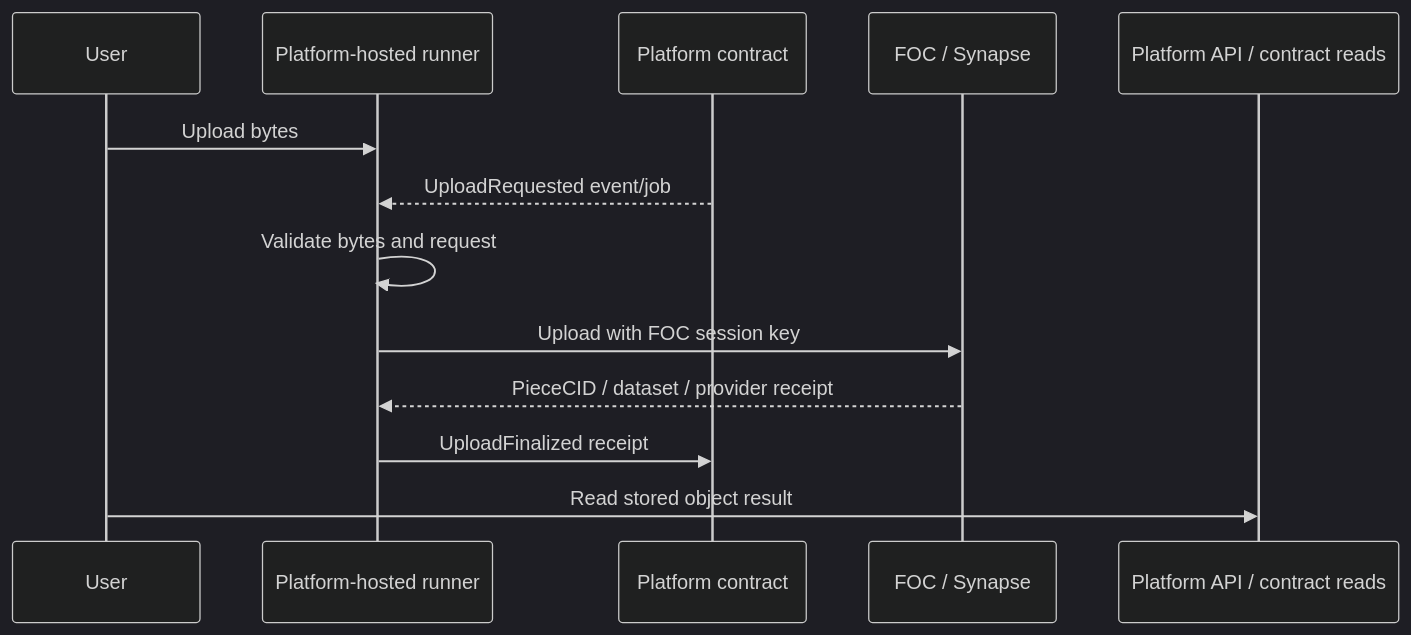
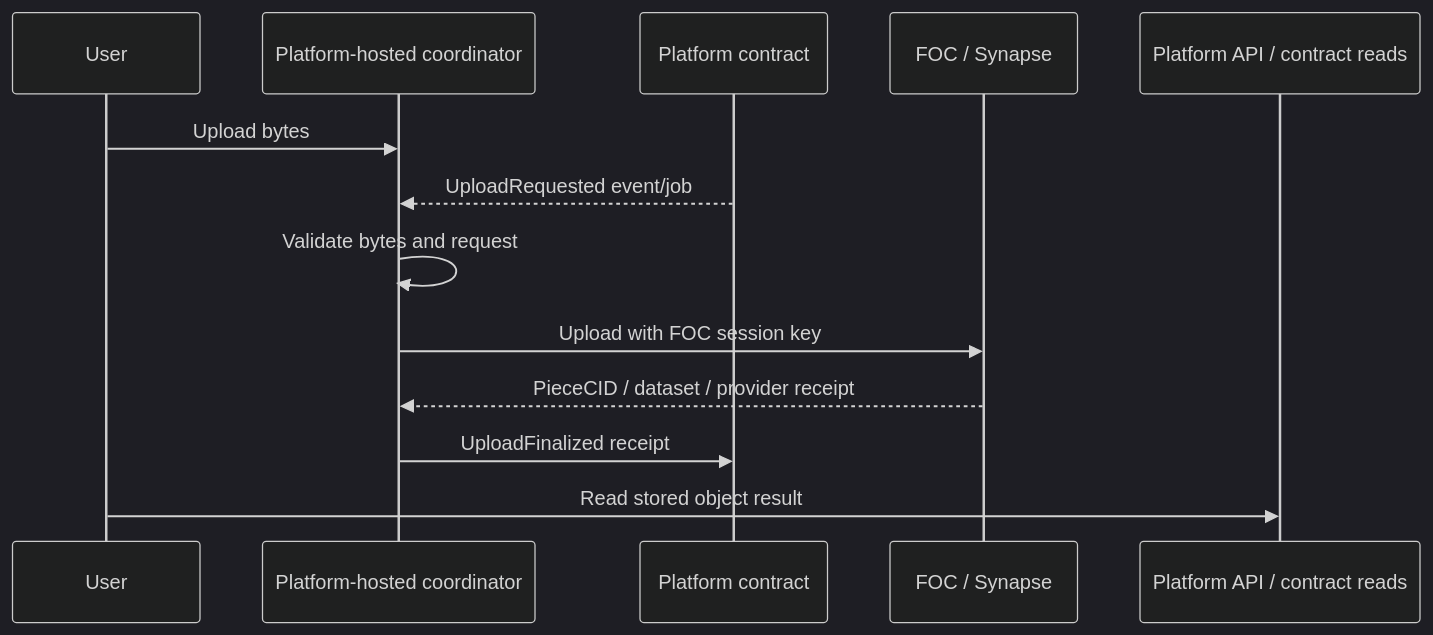
One commit to FIL-Builders/foc-platform changed the tenth of 20 diagrams in spec.md. Above: the diagram before and after it, drawn with Mermaid (dark theme). The commit also changed other lines of this file, not shown here.

Commit message:
Replace runner terminology with coordinator

````diff
--- a/spec.md
+++ b/spec.md
@@ -978,16 +978,16 @@
 ```mermaid
 sequenceDiagram
   participant U as User
-  participant R as Platform-hosted runner
+  participant R as Platform-hosted coordinator
   participant C as Platform contract
   participant F as FOC / Synapse
   participant A as Platform API / contract reads
 
   U->>R: Upload bytes
   C-->>R: UploadRequested event/job
   R->>R: Validate bytes and request
   R->>F: Upload with FOC session key
   F-->>R: PieceCID / dataset / provider receipt
   R->>C: UploadFinalized receipt
   U->>A: Read stored object result
 ```
````
